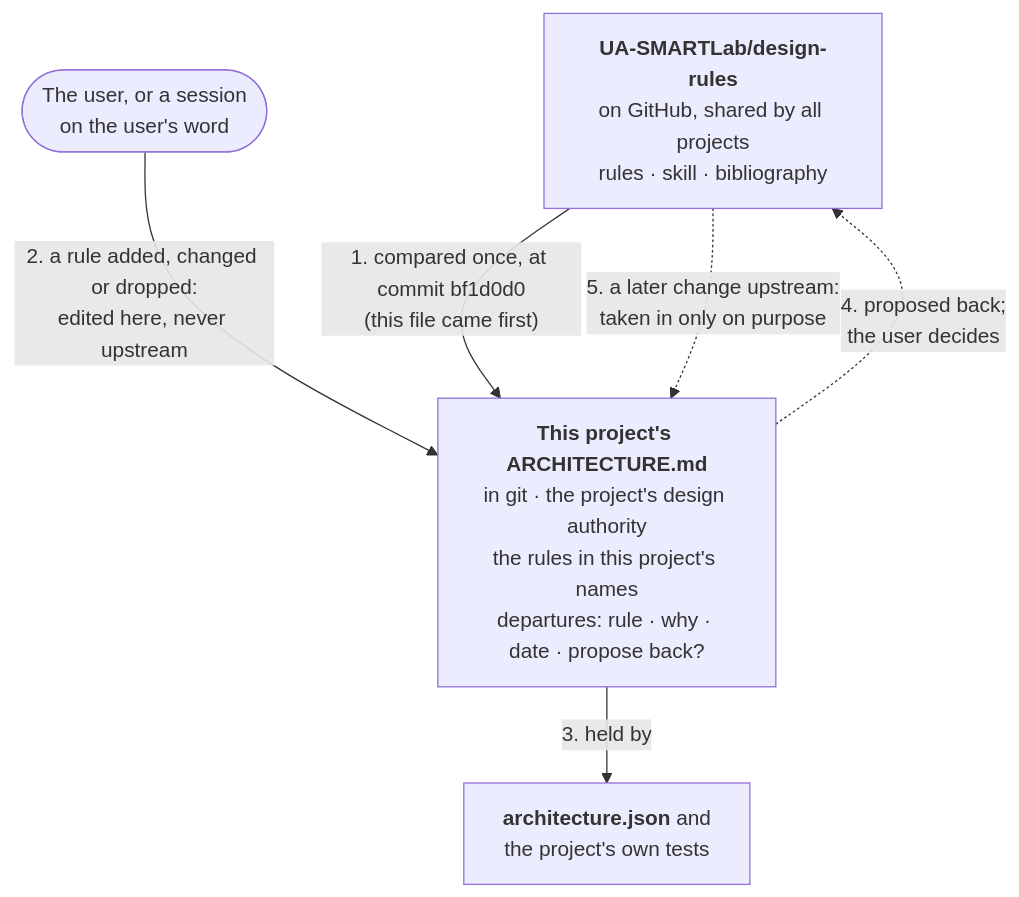
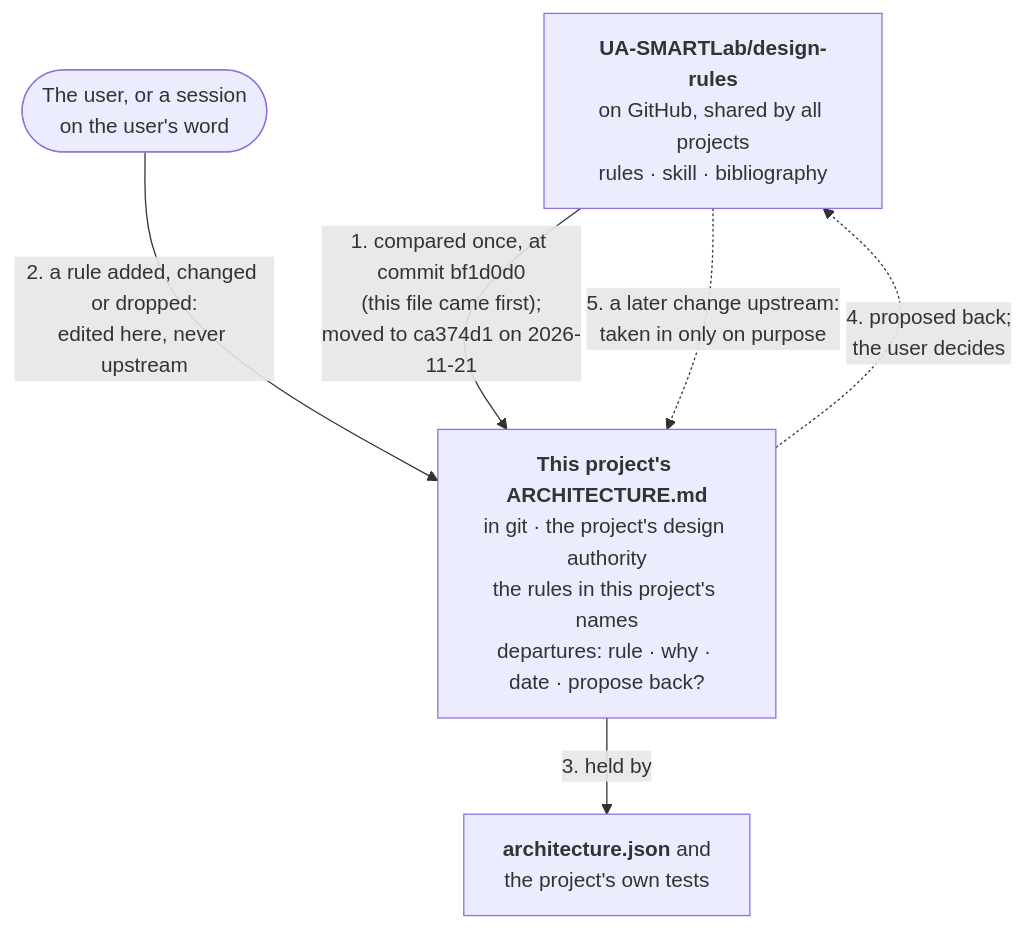
One commit to Abdulhamid-Baghdadi/library-studio changed the diagram in ARCHITECTURE.md. Above: the diagram before and after it, drawn with Mermaid. The commit also changed other lines of this file, not shown here.

Commit message:
Design rules moved on to ca374d1: the five window rules of 7615f26 taken in, each said to apply or not, and why

````diff
--- a/ARCHITECTURE.md
+++ b/ARCHITECTURE.md
@@ -28,13 +28,13 @@
 ```mermaid
 flowchart TD
     DR["<b>UA-SMARTLab/design-rules</b><br/>on GitHub, shared by all projects<br/>rules · skill · bibliography"]
     AR["<b>This project's ARCHITECTURE.md</b><br/>in git · the project's design authority<br/>the rules in this project's names<br/>departures: rule · why · date · propose back?"]
     CH["<b>architecture.json</b> and<br/>the project's own tests"]
     US(["The user, or a session<br/>on the user's word"])
 
-    DR -- "1. compared once, at commit bf1d0d0<br/>(this file came first)" --> AR
+    DR -- "1. compared once, at commit bf1d0d0<br/>(this file came first);<br/>moved to ca374d1 on 2026-11-21" --> AR
     US -- "2. a rule added, changed or dropped:<br/>edited here, never upstream" --> AR
     AR -- "3. held by" --> CH
     AR -. "4. proposed back;<br/>the user decides" .-> DR
     DR -. "5. a later change upstream:<br/>taken in only on purpose" .-> AR
 ```
````
